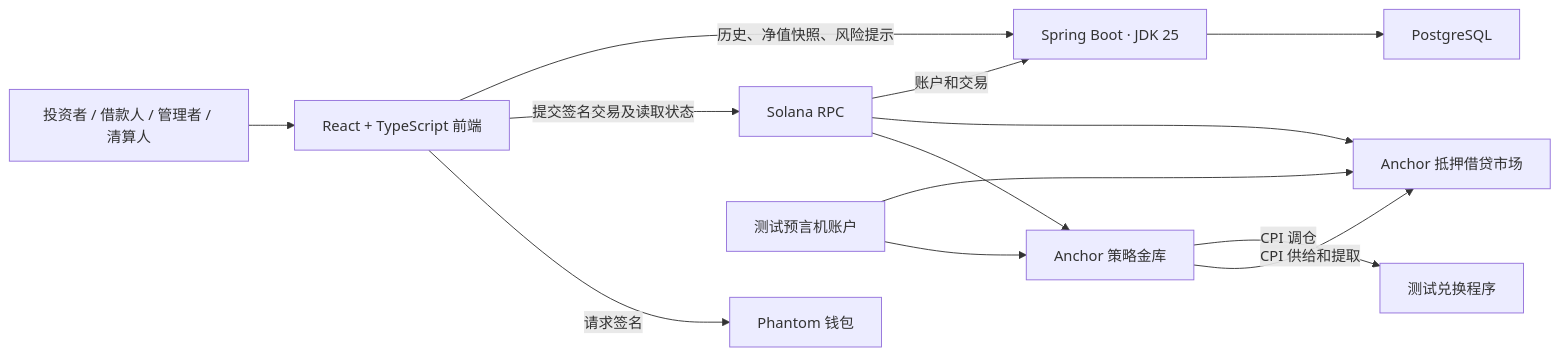
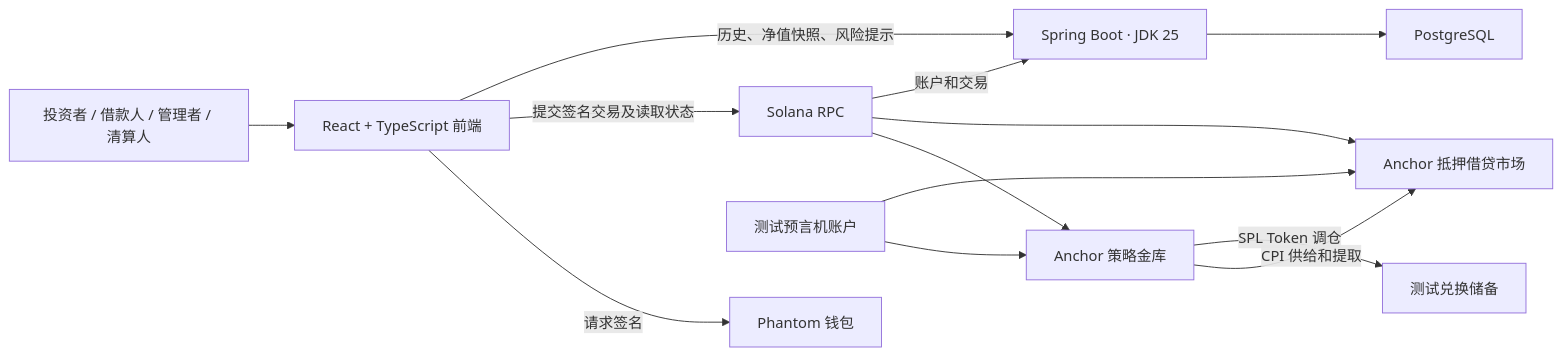
The diagram in README.md (WangZhouX/GGBOY), drawn with Mermaid before and after one commit. The commit also changed other lines of this file and 133 other files, not shown here.

````diff
--- a/README.md
+++ b/README.md
@@ -9,25 +11,25 @@
 ```mermaid
 flowchart LR
     User["投资者 / 借款人 / 管理者 / 清算人"]
     Web["React + TypeScript 前端"]
     Wallet["Phantom 钱包"]
     RPC["Solana RPC"]
     Vault["Anchor 策略金库"]
     Lending["Anchor 抵押借贷市场"]
-    Swap["测试兑换程序"]
+    Swap["测试兑换储备"]
     Oracle["测试预言机账户"]
     Api["Spring Boot · JDK 25"]
     Db["PostgreSQL"]
     User --> Web
     Web -->|请求签名| Wallet
     Web -->|提交签名交易及读取状态| RPC
     RPC --> Vault
     RPC --> Lending
     Vault -->|CPI 供给和提取| Lending
-    Vault -->|CPI 调仓| Swap
+    Vault -->|SPL Token 调仓| Swap
     Oracle --> Vault
     Oracle --> Lending
     RPC -->|账户和交易| Api
     Api --> Db
     Web -->|历史、净值快照、风险提示| Api
 ```
````
